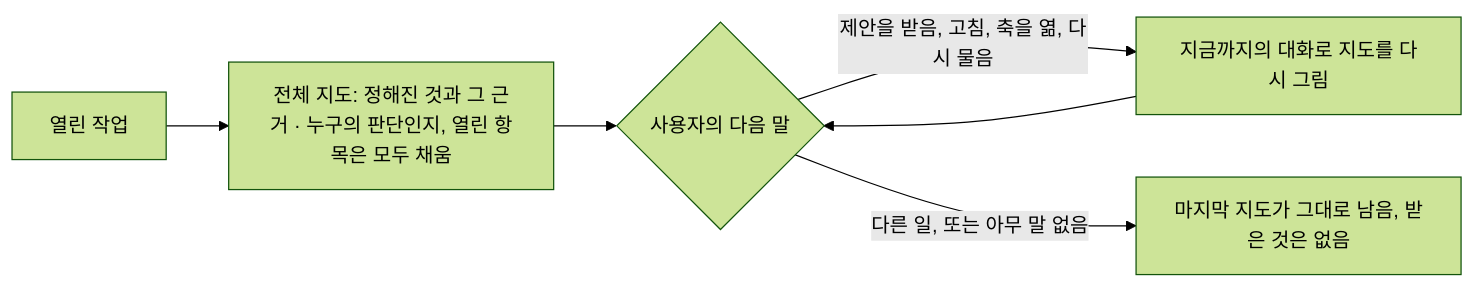
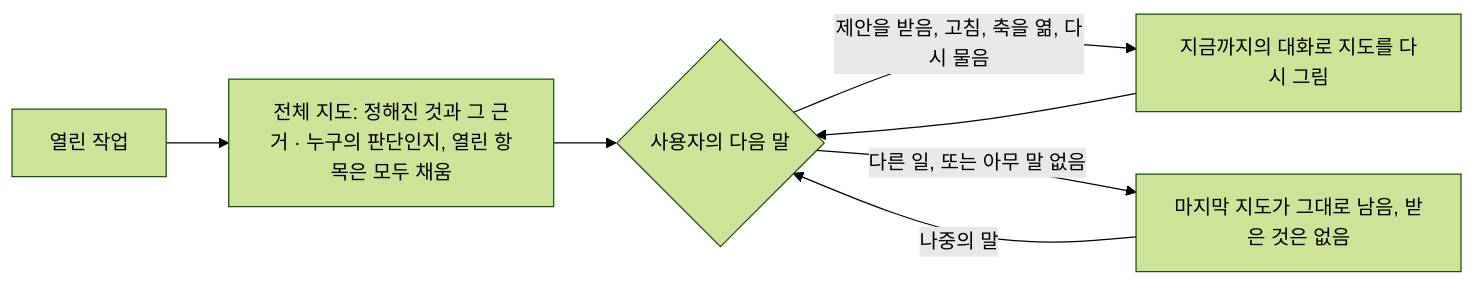
One commit to jongwony/epistemic-protocols changed the diagram in horismos/README_ko.md. Above: the diagram before and after it, drawn with Mermaid (forest theme). The commit also changed other lines of this file and 1 other file, not shown here.

````diff
--- a/horismos/README_ko.md
+++ b/horismos/README_ko.md
@@ -9,8 +9,9 @@
 ```mermaid
 flowchart LR
     A[열린 작업] --> B[전체 지도: 정해진 것과 그 근거 · 누구의 판단인지, 열린 항목은 모두 채움]
     B --> C{사용자의 다음 말}
     C -->|제안을 받음, 고침, 축을 엶, 다시 물음| D[지금까지의 대화로 지도를 다시 그림]
     D --> C
     C -->|다른 일, 또는 아무 말 없음| E[마지막 지도가 그대로 남음, 받은 것은 없음]
+    E -->|나중의 말| C
 ```
````
